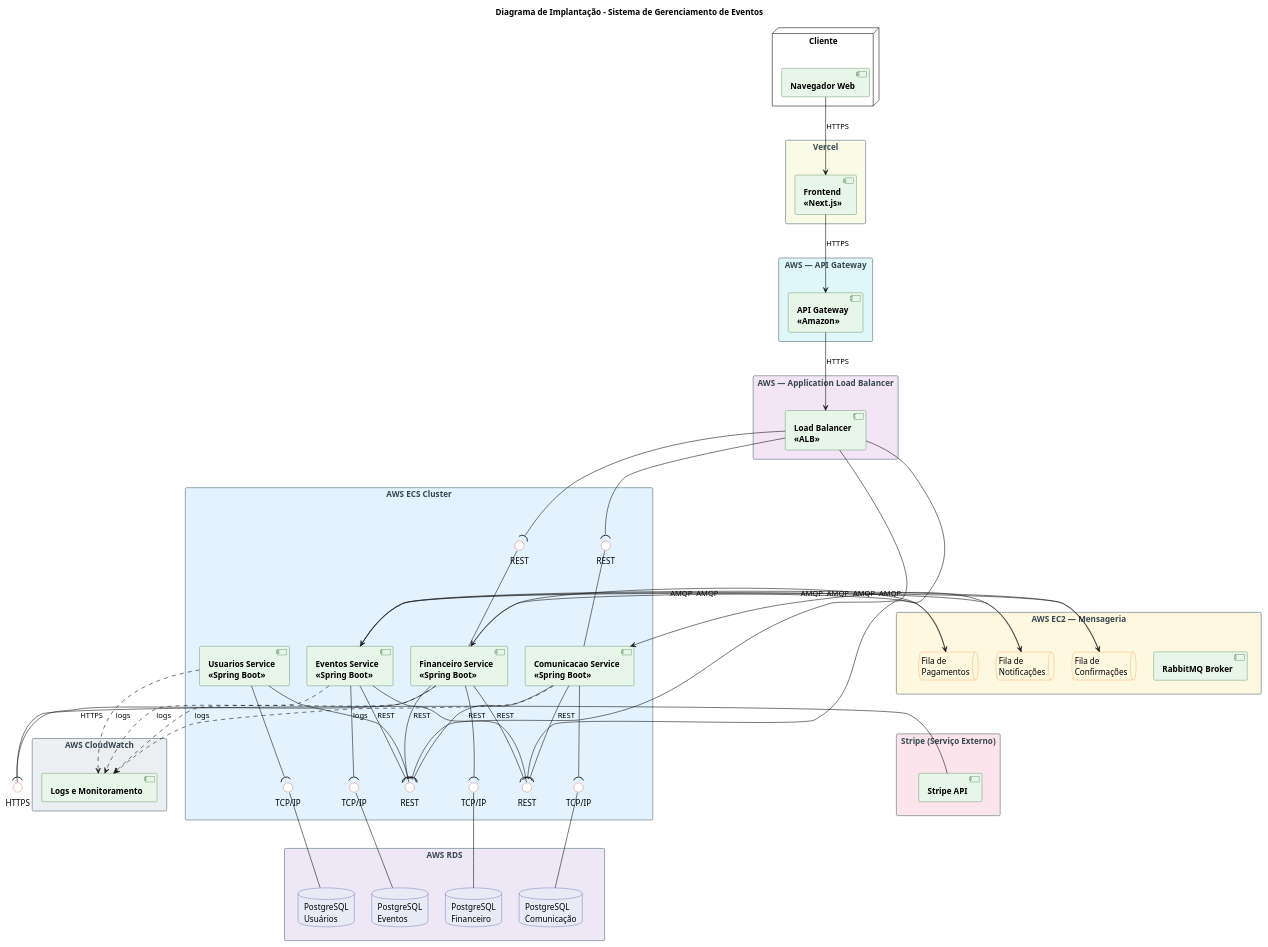
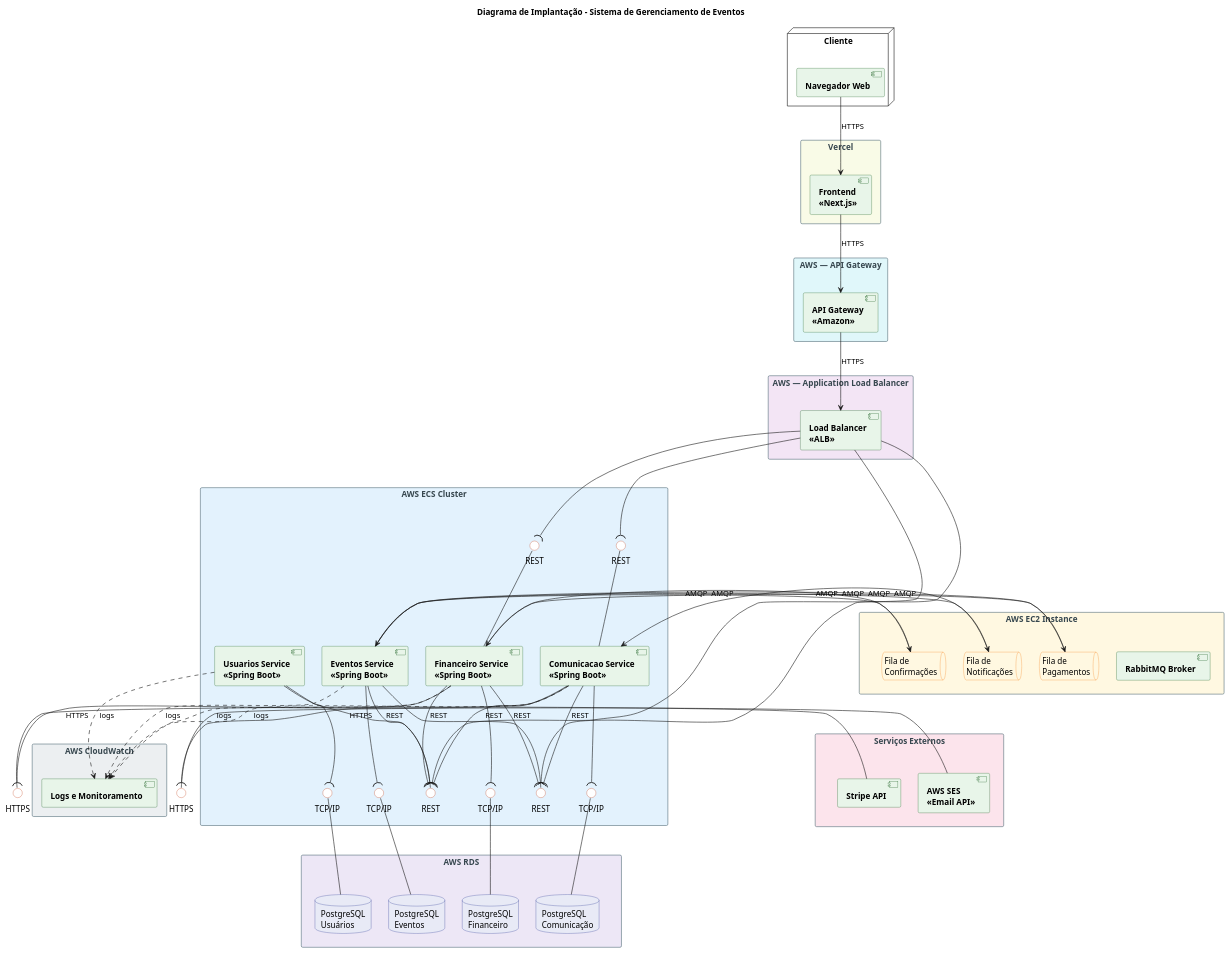
Before and after one commit to arturbomtempo-learning/software-project-final-work: the diagram in codes/deployment-diagram/deployment-diagram.puml, drawn with PlantUML. The commit also changed 6 other files, not shown here.

```diff
--- a/codes/deployment-diagram/deployment-diagram.puml
+++ b/codes/deployment-diagram/deployment-diagram.puml
@@ -1,151 +1,156 @@
 @startuml implantation-diagram
 
 title Diagrama de Implantação - Sistema de Gerenciamento de Eventos
 
 skinparam nodesep 30
 skinparam ranksep 80
 
 skinparam component {
   BackgroundColor #E8F5E9
   BorderColor #1B5E20
   FontStyle bold
 }
 
 skinparam database {
   BackgroundColor #E8EAF6
   BorderColor #283593
 }
 
 skinparam interface {
   BackgroundColor #FFFFFF
   BorderColor #BF360C
 }
 
 skinparam queue {
   BackgroundColor #FFF8E1
   BorderColor #F57F17
 }
 
 skinparam rectangle {
   BorderColor #546E7A
   FontColor #37474F
 }
 
 node "Cliente" {
     [Navegador Web] as WEB
 }
 
 rectangle "Vercel" as VERCEL #F9FBE7 {
     [Frontend\n<<Next.js>>] as FRONT
 }
 
 WEB --> FRONT : HTTPS
 
 rectangle "AWS — API Gateway" as AWSGW #E0F7FA {
     [API Gateway\n<<Amazon>>] as APIGW
 }
 
 FRONT --> APIGW : HTTPS
 
 rectangle "AWS — Application Load Balancer" as AWSALB #F3E5F5 {
     [Load Balancer\n<<ALB>>] as ALB
 }
 
 APIGW --> ALB : HTTPS
 
 rectangle "AWS ECS Cluster" as ECS #E3F2FD {
 
     interface "REST" as iUSER
     interface "REST" as iEVENTS
     interface "REST" as iFIN
     interface "REST" as iCOMM
 
     ALB --( iUSER
     ALB --( iEVENTS
     ALB --( iFIN
     ALB --( iCOMM
 
     [Usuarios Service\n<<Spring Boot>>]    as USERS
     [Eventos Service\n<<Spring Boot>>]     as EVENTS
     [Financeiro Service\n<<Spring Boot>>]  as FIN
     [Comunicacao Service\n<<Spring Boot>>] as COMM
 
     USERS  -up- iUSER
     EVENTS -up- iEVENTS
     FIN    -up- iFIN
     COMM   -up- iCOMM
 
     EVENTS --( iUSER   : REST
     FIN    --( iUSER   : REST
     COMM   --( iUSER   : REST
     FIN    --( iEVENTS : REST
     COMM   --( iEVENTS : REST
 
     interface "TCP/IP" as iDB1
     interface "TCP/IP" as iDB2
     interface "TCP/IP" as iDB3
     interface "TCP/IP" as iDB4
 
     USERS  --( iDB1
     EVENTS --( iDB2
     FIN    --( iDB3
     COMM   --( iDB4
 
     USERS  -[hidden]right- EVENTS
     EVENTS -[hidden]right- FIN
     FIN    -[hidden]right- COMM
 }
 
 rectangle "AWS RDS" as RDS #EDE7F6 {
     database "PostgreSQL\nUsuários"    as DB1
     database "PostgreSQL\nEventos"     as DB2
     database "PostgreSQL\nFinanceiro"  as DB3
     database "PostgreSQL\nComunicação" as DB4
 
     DB1 -[hidden]right- DB2
     DB2 -[hidden]right- DB3
     DB3 -[hidden]right- DB4
 }
 
 iDB1 -down- DB1
 iDB2 -down- DB2
 iDB3 -down- DB3
 iDB4 -down- DB4
 
-rectangle "AWS EC2 — Mensageria" as EC2 #FFF8E1 {
+rectangle "AWS EC2 Instance" as EC2 #FFF8E1 {
     [RabbitMQ Broker] as RABBIT
     queue "Fila de\nPagamentos"   as Q_PAY
     queue "Fila de\nConfirmações" as Q_CONF
     queue "Fila de\nNotificações" as Q_NOTIF
 }
 
 EVENTS --> Q_PAY   : AMQP
 Q_PAY  --> FIN     : AMQP
 FIN    --> Q_CONF  : AMQP
 Q_CONF --> EVENTS  : AMQP
 EVENTS --> Q_NOTIF : AMQP
 Q_NOTIF --> COMM   : AMQP
 
-rectangle "Stripe (Serviço Externo)" as EXT #FCE4EC {
+rectangle "Serviços Externos" as EXT #FCE4EC {
     [Stripe API] as STRIPE
+    [AWS SES\n<<Email API>>] as SES
 }
 
 interface "HTTPS" as iSTRIPE
+interface "HTTPS" as iSES
 
 STRIPE  -left- iSTRIPE
 FIN    --( iSTRIPE : HTTPS
+
+SES    -right- iSES
+COMM   --( iSES   : HTTPS
 
 rectangle "AWS CloudWatch" as CW #ECEFF1 {
     [Logs e Monitoramento] as CLOUDWATCH
 }
 
 USERS  ..> CLOUDWATCH : logs
 EVENTS ..> CLOUDWATCH : logs
 FIN    ..> CLOUDWATCH : logs
 COMM   ..> CLOUDWATCH : logs
 
 ECS  -[hidden]down-  RDS
 COMM -[hidden]right- EC2
 EC2  -[hidden]down-  EXT
 
 @enduml
```
